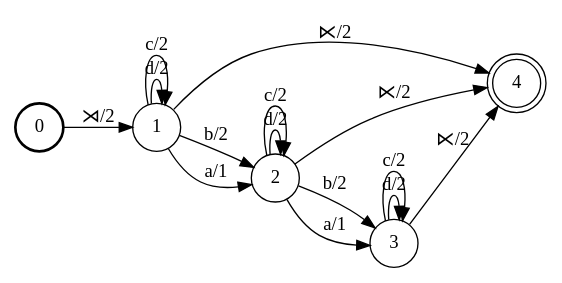
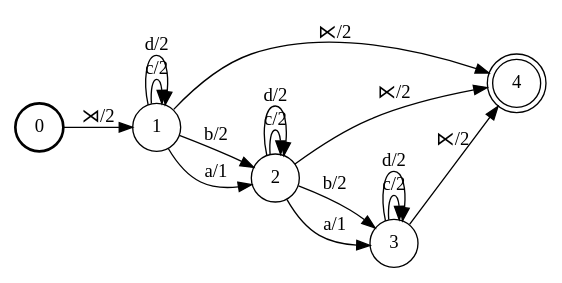
The diagram in demo/T_weight.dot (colincwilson/wynini), drawn with Graphviz before and after one commit. The commit also changed other lines of this file and 8 other files, not shown here.

```diff
--- a/demo/T_weight.dot
+++ b/demo/T_weight.dot
@@ -1,27 +1,27 @@
 digraph FST {
 rankdir = LR;
 size = "8.5,11";
 center = 1;
 orientation = Portrait;
 ranksep = "0.4";
 nodesep = "0.25";
 0 [label = "0", shape = circle, style = bold, fontsize = 14]
 	0 -> 1 [label = "⋊/2", fontsize = 14];
 1 [label = "1", shape = circle, style = solid, fontsize = 14]
 	1 -> 4 [label = "⋉/2", fontsize = 14];
 	1 -> 2 [label = "b/2", fontsize = 14];
 	1 -> 2 [label = "a/1", fontsize = 14];
+	1 -> 1 [label = "c/2", fontsize = 14];
 	1 -> 1 [label = "d/2", fontsize = 14];
-	1 -> 1 [label = "c/2", fontsize = 14];
 2 [label = "2", shape = circle, style = solid, fontsize = 14]
 	2 -> 4 [label = "⋉/2", fontsize = 14];
 	2 -> 3 [label = "b/2", fontsize = 14];
 	2 -> 3 [label = "a/1", fontsize = 14];
+	2 -> 2 [label = "c/2", fontsize = 14];
 	2 -> 2 [label = "d/2", fontsize = 14];
-	2 -> 2 [label = "c/2", fontsize = 14];
 3 [label = "3", shape = circle, style = solid, fontsize = 14]
 	3 -> 4 [label = "⋉/2", fontsize = 14];
+	3 -> 3 [label = "c/2", fontsize = 14];
 	3 -> 3 [label = "d/2", fontsize = 14];
-	3 -> 3 [label = "c/2", fontsize = 14];
 4 [label = "4", shape = doublecircle, style = solid, fontsize = 14]
 }
```
